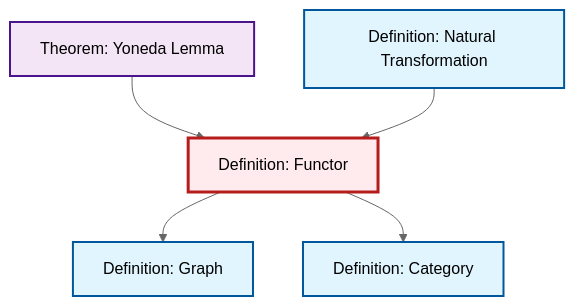
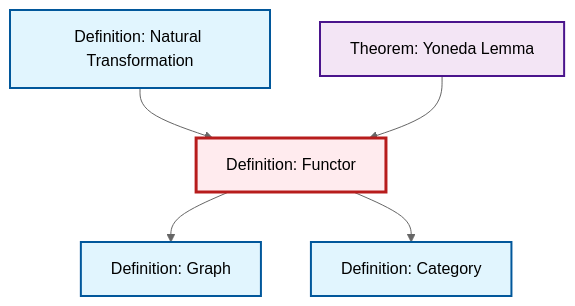
The diagram in content/ja/category-theory/def-functor.qmd (RK0429/ModernMath), drawn with Mermaid (neutral theme) before and after one commit. The commit also changed other lines of this file and 615 other files, not shown here.

````diff
--- a/content/ja/category-theory/def-functor.qmd
+++ b/content/ja/category-theory/def-functor.qmd
@@ -50,23 +50,23 @@
 ```{mermaid}
 %%| fig-cap: "Local dependency graph"
 graph TD
     classDef definition fill:#e1f5fe,stroke:#01579b,stroke-width:2px
     classDef theorem fill:#f3e5f5,stroke:#4a148c,stroke-width:2px
     classDef axiom fill:#fff3e0,stroke:#e65100,stroke-width:2px
     classDef example fill:#e8f5e9,stroke:#1b5e20,stroke-width:2px
     classDef current fill:#ffebee,stroke:#b71c1c,stroke-width:3px
+    def-natural-transformation["Definition: Natural Transformation"]:::definition
+    def-category["Definition: Category"]:::definition
     def-functor["Definition: Functor"]:::definition
     thm-yoneda["Theorem: Yoneda Lemma"]:::theorem
-    def-natural-transformation["Definition: Natural Transformation"]:::definition
     def-graph["Definition: Graph"]:::definition
-    def-category["Definition: Category"]:::definition
+    def-natural-transformation --> def-functor
+    thm-yoneda --> def-functor
     def-functor --> def-graph
     def-functor --> def-category
-    thm-yoneda --> def-functor
-    def-natural-transformation --> def-functor
     class def-functor current
+    click def-natural-transformation "def-natural-transformation.html" "Definition: Natural Transformationへ"
+    click def-category "def-category.html" "Definition: Categoryへ"
     click thm-yoneda "thm-yoneda.html" "Theorem: Yoneda Lemmaへ"
-    click def-natural-transformation "def-natural-transformation.html" "Definition: Natural Transformationへ"
     click def-graph "def-graph.html" "Definition: Graphへ"
-    click def-category "def-category.html" "Definition: Categoryへ"
 ```
````
